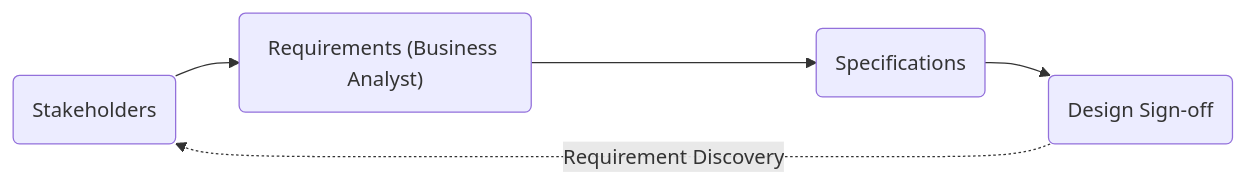
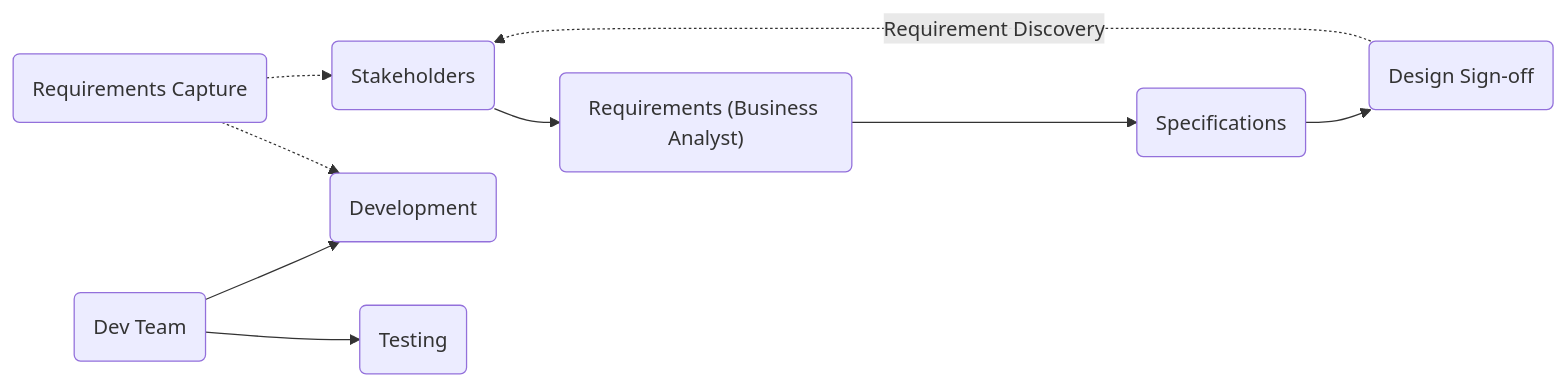
One commit to pirocorp/IT-Business-Analysis changed the first of 3 diagrams in 03. Requirements Basics and Gathering/README.md. Above: the diagram before and after it, drawn with Mermaid.

````diff
--- a/03. Requirements Basics and Gathering/README.md
+++ b/03. Requirements Basics and Gathering/README.md
@@ -18,5 +18,9 @@
 ```mermaid
 flowchart LR
     id1("Stakeholders") --> id2("Requirements (Business Analyst)") --> id3("Specifications") --> id4("Design Sign-off")
     id4 -. "Requirement Discovery" .-> id1
+    id5("Dev Team") --> id6("Development")
+    id5 --> id7("Testing")
+    id8("Requirements Capture") -.-> id6
+    id8 -.-> id1
 ```
````
